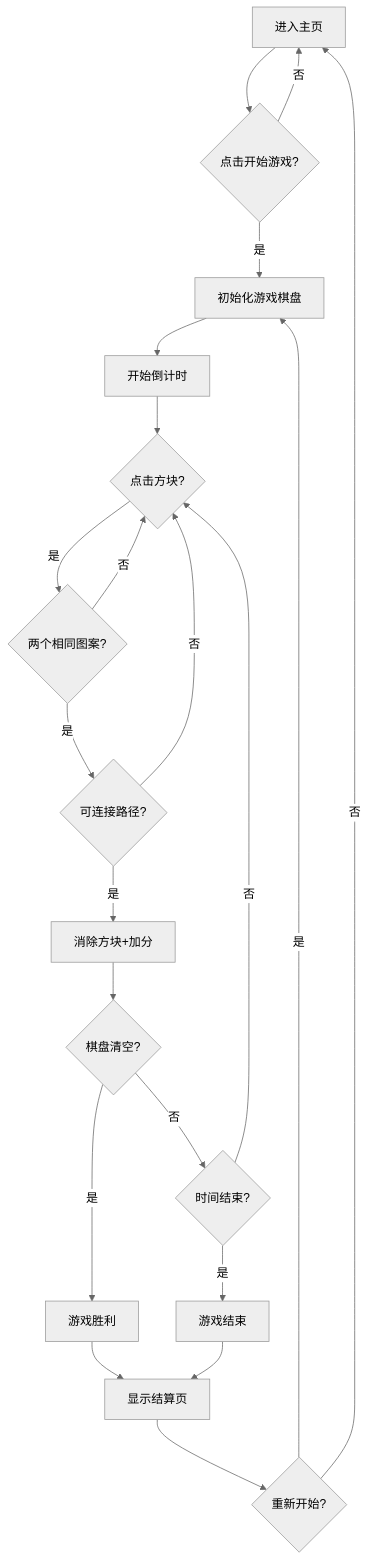
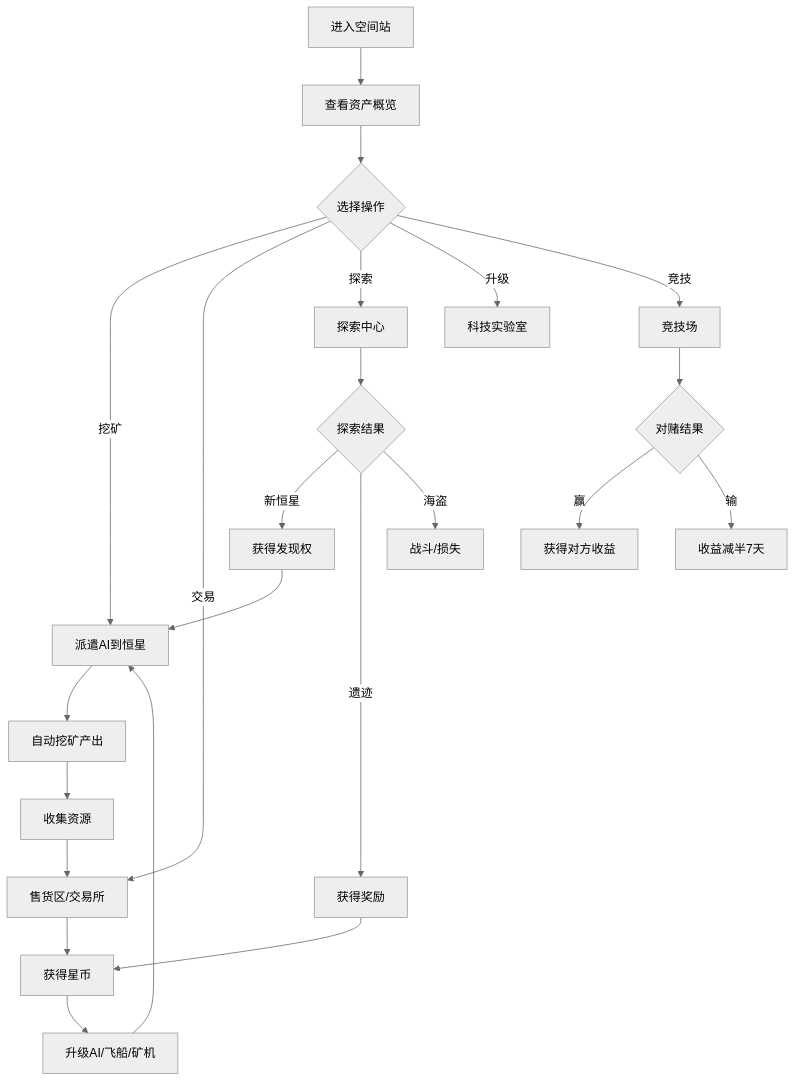
One commit to Siorko/demogame changed the diagram in .trae/documents/prd.md. Above: the diagram before and after it, drawn with Mermaid (neutral theme). The commit also changed other lines of this file and 31 other files, not shown here.

````diff
--- a/.trae/documents/prd.md
+++ b/.trae/documents/prd.md
@@ -32,23 +37,25 @@
 ```mermaid
 flowchart TD
-    A[进入主页] --> B{点击开始游戏?}
-    B -->|是| C[初始化游戏棋盘]
-    B -->|否| A
-    C --> D[开始倒计时]
-    D --> E{点击方块?}
-    E -->|是| F{两个相同图案?}
-    F -->|是| G{可连接路径?}
-    F -->|否| E
-    G -->|是| H[消除方块+加分]
-    G -->|否| E
-    H --> I{棋盘清空?}
-    I -->|是| J[游戏胜利]
-    I -->|否| K{时间结束?}
-    K -->|是| L[游戏结束]
-    K -->|否| E
-    J --> M[显示结算页]
-    L --> M
-    M --> N{重新开始?}
-    N -->|是| C
-    N -->|否| A
+    A[进入空间站] --> B[查看资产概览]
+    B --> C{选择操作}
+    C -->|挖矿| D[派遣AI到恒星]
+    C -->|交易| E[售货区/交易所]
+    C -->|探索| F[探索中心]
+    C -->|升级| G[科技实验室]
+    C -->|竞技| H[竞技场]
+    D --> I[自动挖矿产出]
+    I --> J[收集资源]
+    J --> E
+    E --> K[获得星币]
+    K --> L[升级AI/飞船/矿机]
+    L --> D
+    F --> M{探索结果}
+    M -->|新恒星| N[获得发现权]
+    M -->|遗迹| O[获得奖励]
+    M -->|海盗| P[战斗/损失]
+    N --> D
+    O --> K
+    H --> Q{对赌结果}
+    Q -->|赢| R[获得对方收益]
+    Q -->|输| S[收益减半7天]
 ```
````
